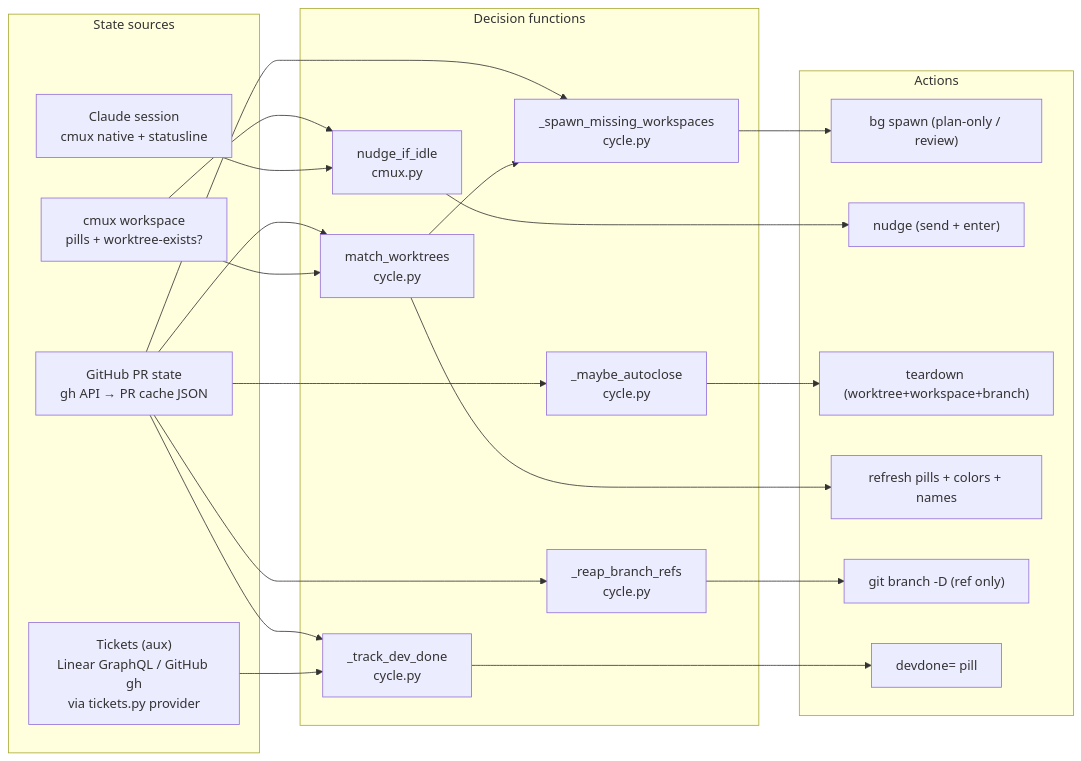
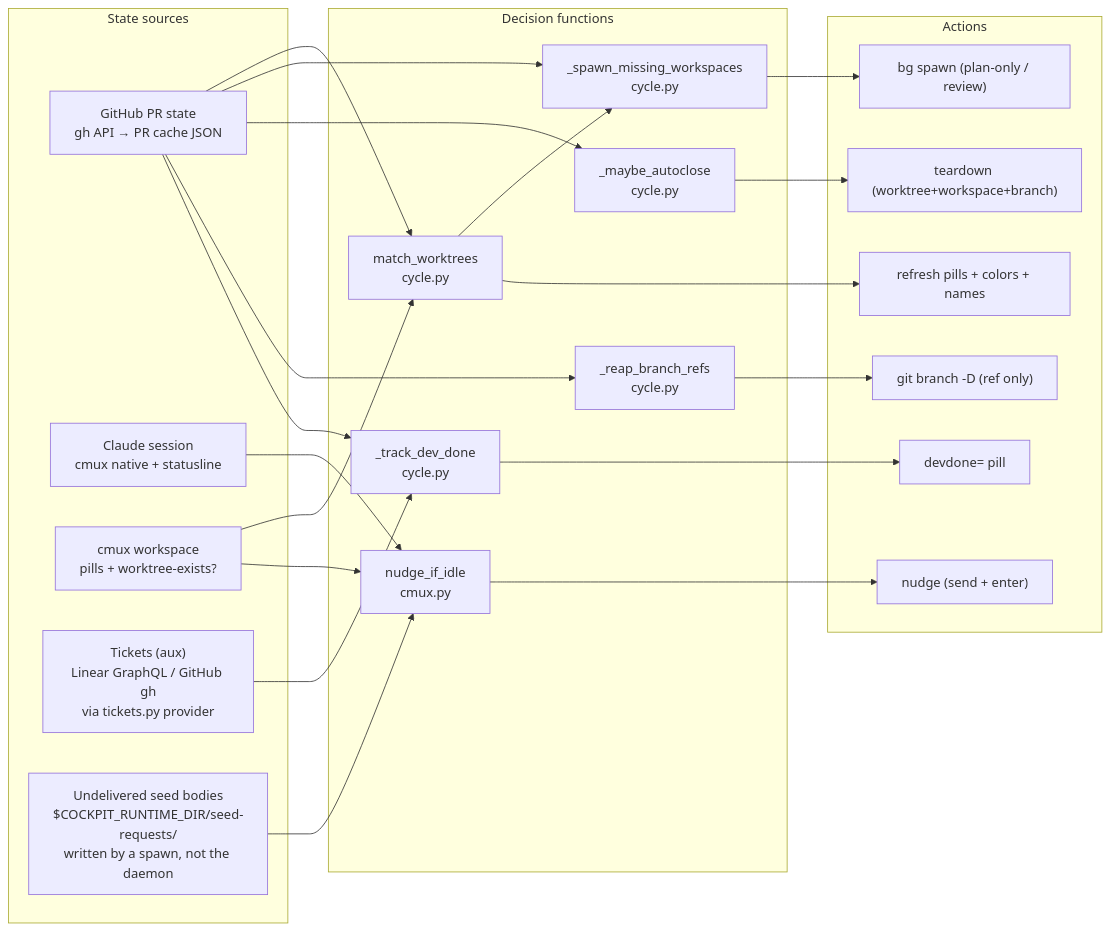
The first of 5 diagrams in docs/state-machine.md (khivi/cockpit), drawn with Mermaid before and after one commit. The commit also changed other lines of this file and 10 other files, not shown here.

````diff
--- a/docs/state-machine.md
+++ b/docs/state-machine.md
@@ -58,41 +58,43 @@
 ```mermaid
 flowchart LR
   subgraph SRC["State sources"]
     GH["GitHub PR state<br/>gh API → PR cache JSON"]
     CL["Claude session<br/>cmux native + statusline"]
     CM["cmux workspace<br/>pills + worktree-exists?"]
     LIN["Tickets (aux)<br/>Linear GraphQL / GitHub gh<br/>via tickets.py provider"]
+    SQ["Undelivered seed bodies<br/>$COCKPIT_RUNTIME_DIR/seed-requests/<br/>written by a spawn, not the daemon"]
   end
 
   subgraph DEC["Decision functions"]
     MW["match_worktrees<br/>cycle.py"]
     SM["_spawn_missing_workspaces<br/>cycle.py"]
     NI["nudge_if_idle<br/>cmux.py"]
     DD["_track_dev_done<br/>cycle.py"]
     AC["_maybe_autoclose<br/>cycle.py"]
     BR["_reap_branch_refs<br/>cycle.py"]
   end
 
   subgraph ACT["Actions"]
     A1["bg spawn (plan-only / review)"]
     A2["nudge (send + enter)"]
     A4["teardown (worktree+workspace+branch)"]
     A5["refresh pills + colors + names"]
     A6["git branch -D (ref only)"]
     A7["devdone= pill"]
   end
 
   GH --> MW & SM & AC & BR
   GH --> DD
   CM --> MW & NI
   CL --> NI
+  SQ --> NI
   LIN --> DD
 
   MW --> SM
   SM --> A1
   NI --> A2
   AC --> A4
   MW --> A5
   BR --> A6
   DD --> A7
 ```
````
